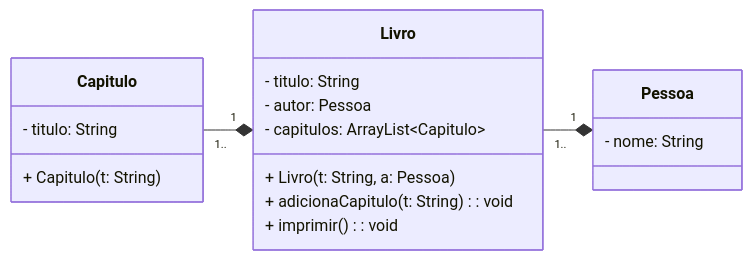
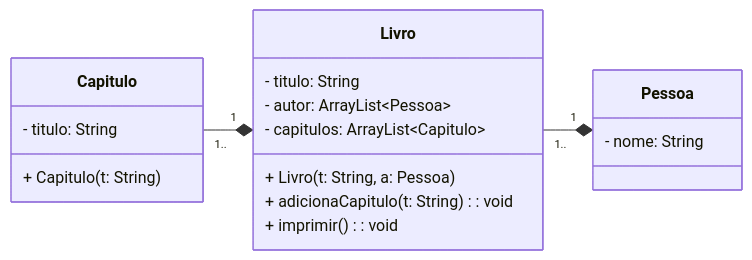
One commit to sfvini/POO changed the fourth of 4 diagrams in aula_10/README.md. Above: the diagram before and after it, drawn with Mermaid. The commit also changed 3 other files, not shown here.

````diff
--- a/aula_10/README.md
+++ b/aula_10/README.md
@@ -62,25 +62,25 @@
 ```mermaid
 classDiagram
     direction LR
     
     class Capitulo{
         - titulo: String
         + Capitulo(t: String)
     }
     
     Capitulo "1.." --* "1" Livro
     Livro "1.." --* "1" Pessoa
 
     class Livro{
         - titulo: String
-        - autor: Pessoa
+        - autor: ArrayList~Pessoa~
         - capitulos: ArrayList~Capitulo~
         + Livro(t: String, a: Pessoa)
         + adicionaCapitulo(t: String): void
         + imprimir(): void
     }
 
     class Pessoa{
         - nome: String
     }
 ```
````
